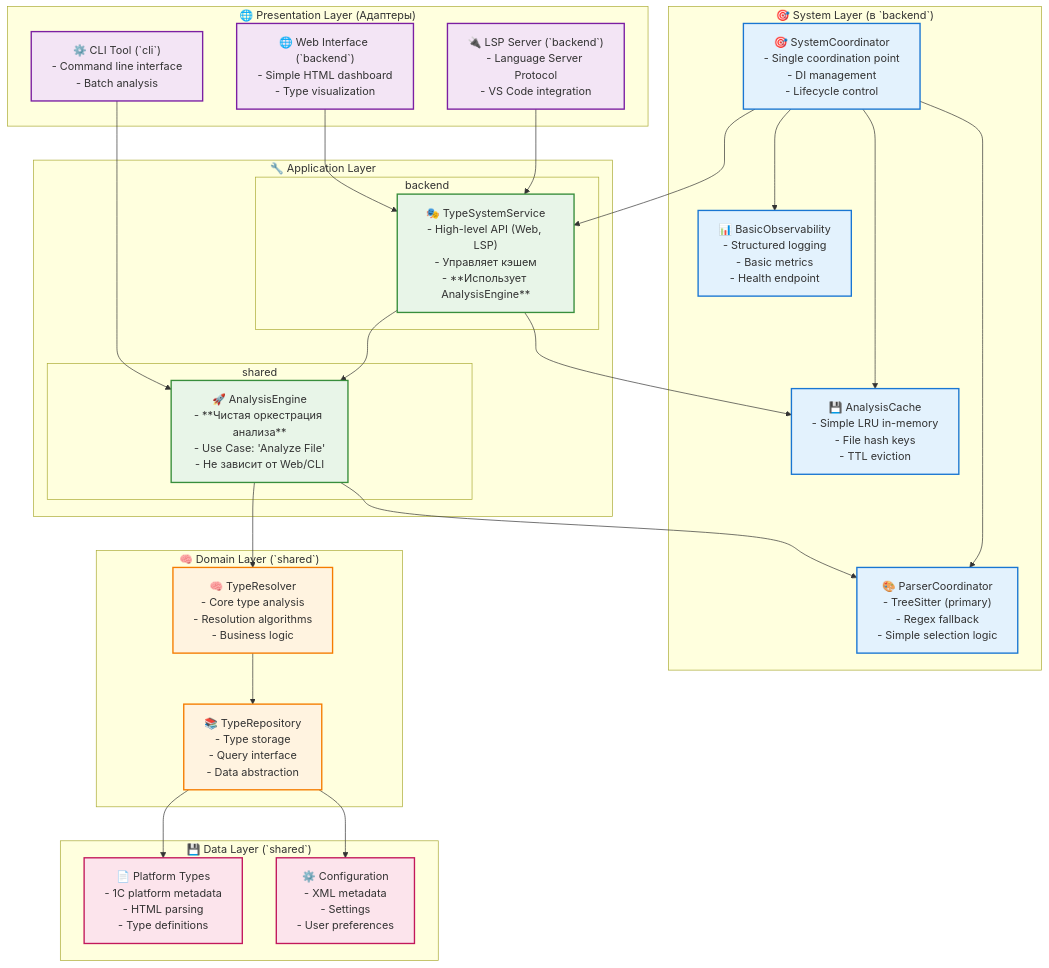
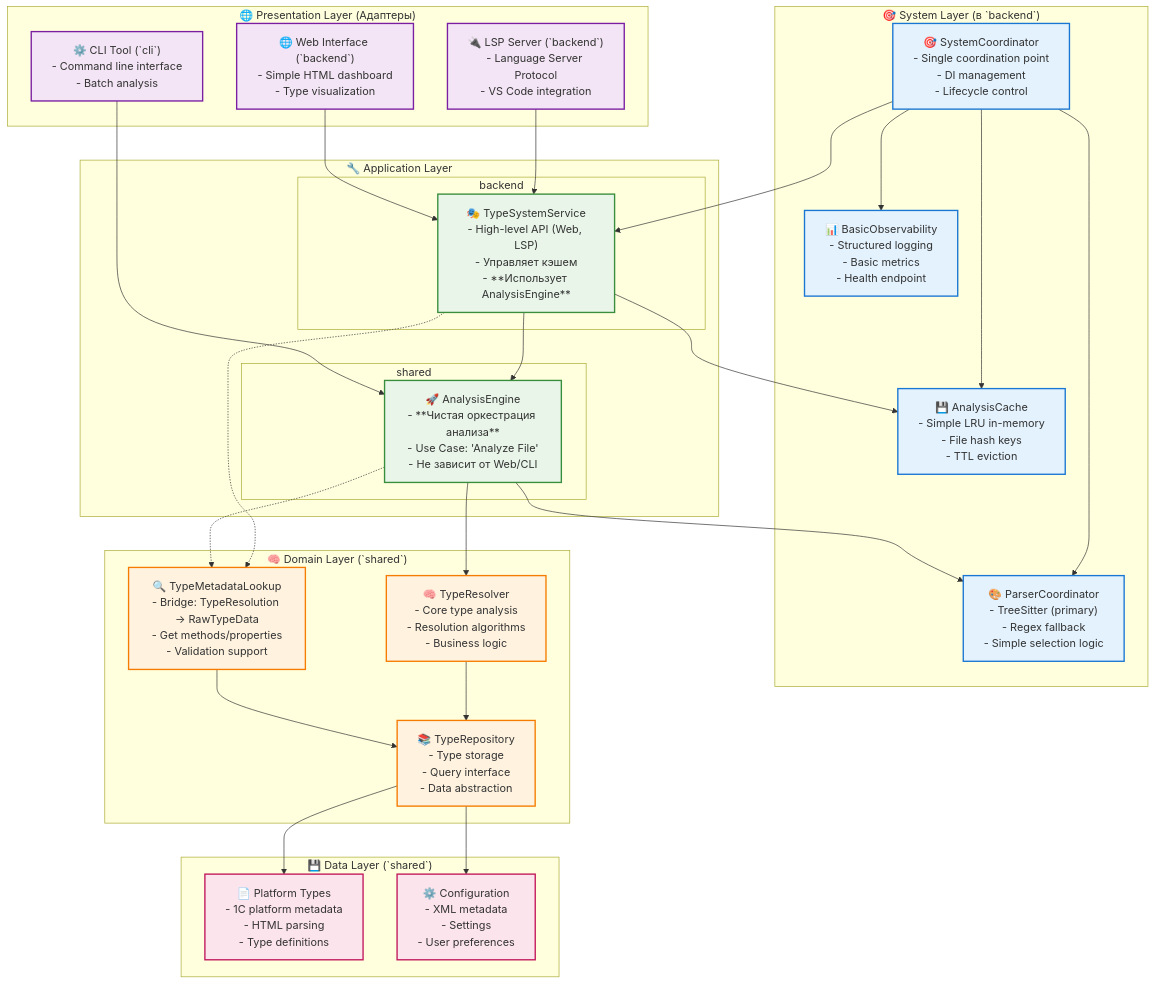
Before and after one commit to defin85/bsl-gradual-types: the diagram in docs/simplified_architecture.md, drawn with Mermaid. The commit also changed other lines of this file and 48 other files, not shown here.

First line of the commit message:
feat: Add TypeMetadataLookup and related components for type resolution and metadata retrieval

````diff
--- a/docs/simplified_architecture.md
+++ b/docs/simplified_architecture.md
@@ -60,75 +60,82 @@
 ```mermaid
 graph TB
     subgraph "🎯 System Layer (в `backend`)"
         SystemCoordinator["🎯 SystemCoordinator<br/>- Single coordination point<br/>- DI management<br/>- Lifecycle control"]
         
         AnalysisCache["💾 AnalysisCache<br/>- Simple LRU in-memory<br/>- File hash keys<br/>- TTL eviction"]
         
         ParserCoordinator["🎨 ParserCoordinator<br/>- TreeSitter (primary)<br/>- Regex fallback<br/>- Simple selection logic"]
         
         BasicObservability["📊 BasicObservability<br/>- Structured logging<br/>- Basic metrics<br/>- Health endpoint"]
     end
 
     subgraph "🌐 Presentation Layer (Адаптеры)"
         LSPServer["🔌 LSP Server (`backend`)<br/>- Language Server Protocol<br/>- VS Code integration"]
         
         WebInterface["🌐 Web Interface (`backend`)<br/>- Simple HTML dashboard<br/>- Type visualization"]
         
         CLITool["⚙️ CLI Tool (`cli`)<br/>- Command line interface<br/>- Batch analysis"]
     end
 
     subgraph "🔧 Application Layer" 
         subgraph "`backend`"
             TypeSystemService["🎭 TypeSystemService<br/>- High-level API (Web, LSP)<br/>- Управляет кэшем<br/>- **Использует AnalysisEngine**"]
         end
         subgraph "`shared`"
             AnalysisEngine["🚀 AnalysisEngine<br/>- **Чистая оркестрация анализа**<br/>- Use Case: 'Analyze File'<br/>- Не зависит от Web/CLI"]
         end
     end
 
     subgraph "🧠 Domain Layer (`shared`)"
         TypeResolver["🧠 TypeResolver<br/>- Core type analysis<br/>- Resolution algorithms<br/>- Business logic"]
-        
+
+        TypeMetadataLookup["🔍 TypeMetadataLookup<br/>- Bridge: TypeResolution → RawTypeData<br/>- Get methods/properties<br/>- Validation support"]
+
         TypeRepository["📚 TypeRepository<br/>- Type storage<br/>- Query interface<br/>- Data abstraction"]
     end
 
     subgraph "💾 Data Layer (`shared`)"
         PlatformTypes["📄 Platform Types<br/>- 1C platform metadata<br/>- HTML parsing<br/>- Type definitions"]
         
         ConfigData["⚙️ Configuration<br/>- XML metadata<br/>- Settings<br/>- User preferences"]
     end
 
     %% Flow
     SystemCoordinator --> AnalysisCache
     SystemCoordinator --> ParserCoordinator  
     SystemCoordinator --> BasicObservability
     SystemCoordinator --> TypeSystemService
     
     LSPServer --> TypeSystemService
     WebInterface --> TypeSystemService
     
     TypeSystemService --> AnalysisEngine
     TypeSystemService --> AnalysisCache
 
     CLITool --> AnalysisEngine
     
     AnalysisEngine --> TypeResolver
     AnalysisEngine --> ParserCoordinator
-    
+
     TypeResolver --> TypeRepository
+    TypeMetadataLookup --> TypeRepository
     TypeRepository --> PlatformTypes
     TypeRepository --> ConfigData
+
+    %% TypeMetadataLookup используется для получения методов/свойств
+    TypeSystemService -.-> TypeMetadataLookup
+    AnalysisEngine -.-> TypeMetadataLookup
     
     %% Styling
     classDef systemStyle fill:#e3f2fd,stroke:#1976d2,stroke-width:2px
     classDef presentationStyle fill:#f3e5f5,stroke:#7b1fa2,stroke-width:2px
     classDef applicationStyle fill:#e8f5e8,stroke:#388e3c,stroke-width:2px
     classDef domainStyle fill:#fff3e0,stroke:#f57c00,stroke-width:2px
     classDef dataStyle fill:#fce4ec,stroke:#c2185b,stroke-width:2px
     
     class SystemCoordinator,AnalysisCache,ParserCoordinator,BasicObservability systemStyle
     class LSPServer,WebInterface,CLITool presentationStyle
     class TypeSystemService,AnalysisEngine applicationStyle
-    class TypeResolver,TypeRepository domainStyle
+    class TypeResolver,TypeMetadataLookup,TypeRepository domainStyle
     class PlatformTypes,ConfigData dataStyle
 ```
````
